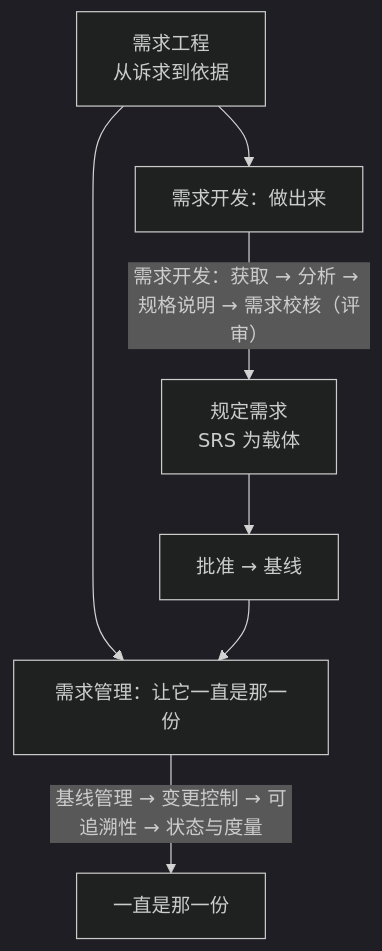
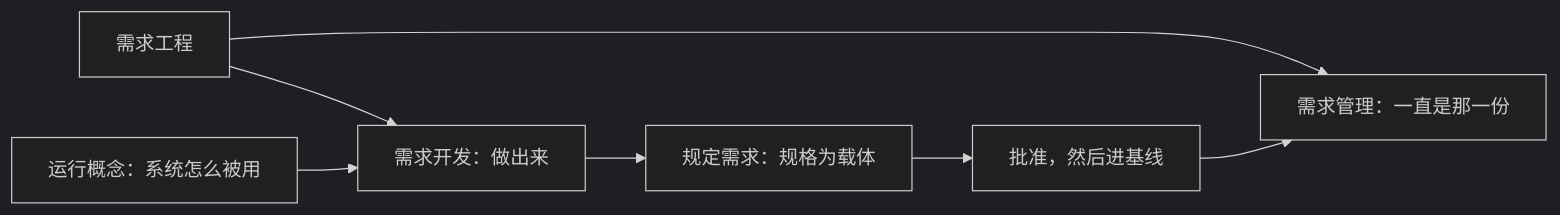
One commit to Yongjunzhou/business-Engineering changed the second of 2 diagrams in 10-系统工程研究/03-架构师是个怎样的物种/04-第4章-需求工程-把诉求变成需求规格.md. Above: the diagram before and after it, drawn with Mermaid (dark theme). The commit also changed other lines of this file and 6 other files, not shown here.

````diff
--- a/10-系统工程研究/03-架构师是个怎样的物种/04-第4章-需求工程-把诉求变成需求规格.md
+++ b/10-系统工程研究/03-架构师是个怎样的物种/04-第4章-需求工程-把诉求变成需求规格.md
@@ -642,14 +585,15 @@
 ```mermaid
-flowchart TB
-    RE["需求工程<br/>从诉求到依据"]
+flowchart LR
+    RE["需求工程"]
     RD["需求开发：做出来"]
-    RM["需求管理：让它一直是那一份"]
-    D1["规定需求<br/>SRS 为载体"]
-    GATE["批准 → 基线"]
+    RM["需求管理：一直是那一份"]
+    SR["规定需求：规格为载体"]
+    G["批准，然后进基线"]
+    CO["运行概念：系统怎么被用"]
     RE --> RD
     RE --> RM
-    RD -->|"需求开发：获取 → 分析 → 规格说明 → 需求校核（评审）"| D1
-    D1 --> GATE
-    GATE --> RM
-    RM -->|"基线管理 → 变更控制 → 可追溯性 → 状态与度量"| D2["一直是那一份"]
+    CO --> RD
+    RD --> SR
+    SR --> G
+    G --> RM
 ```
````
